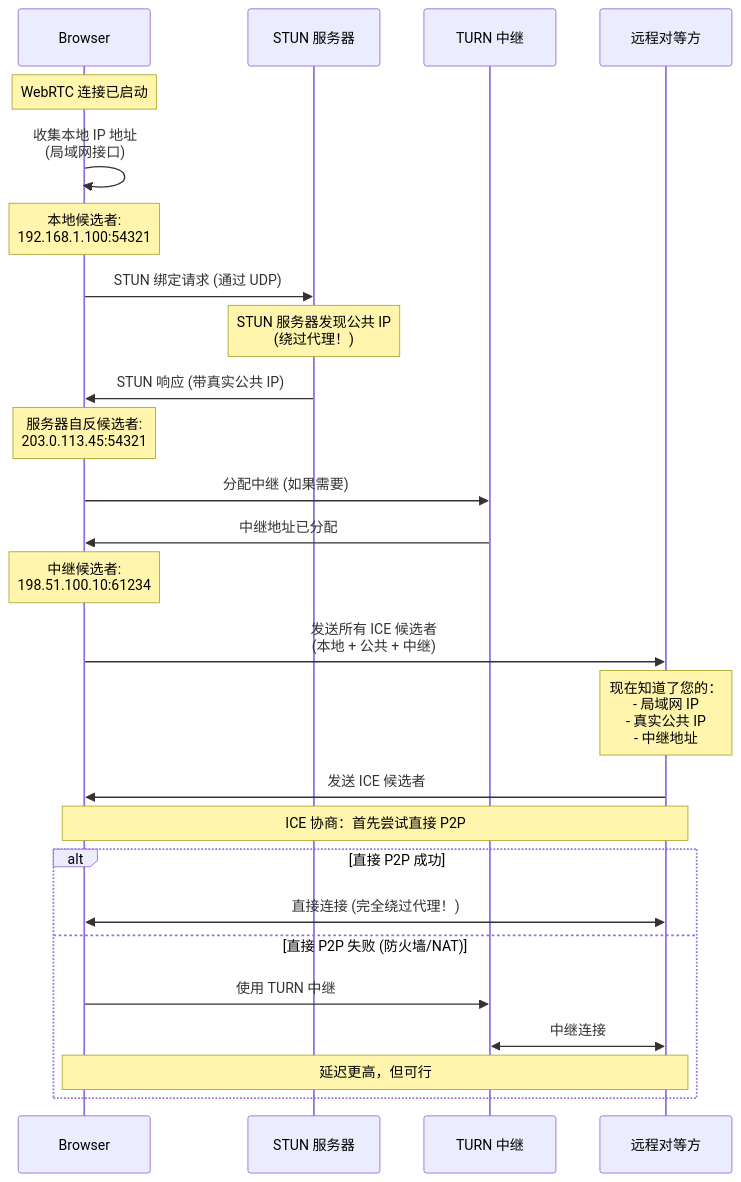
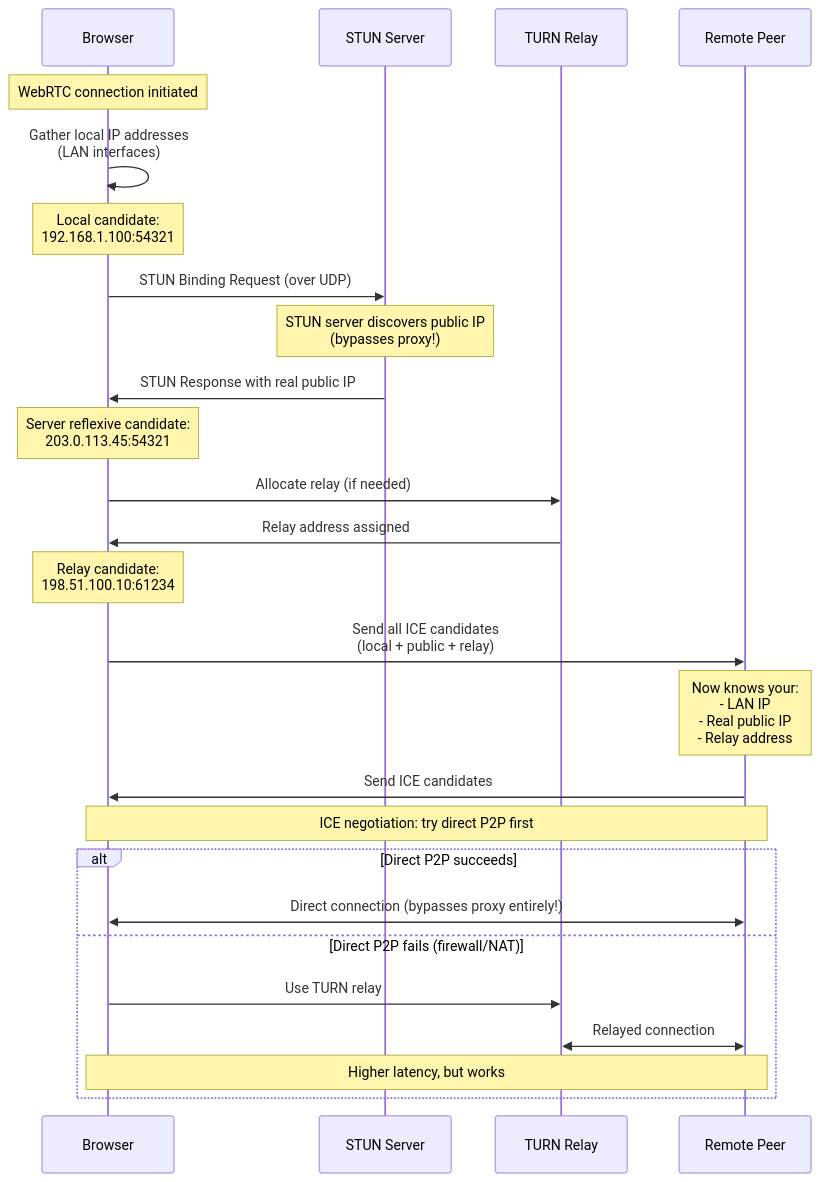
One commit to autoscrape-labs/pydoll changed the third of 3 diagrams in docs/zh/deep-dive/network/network-fundamentals.md. Above: the diagram before and after it, drawn with Mermaid. The commit also changed other lines of this file and 9 other files, not shown here.

````diff
--- a/docs/zh/deep-dive/network/network-fundamentals.md
+++ b/docs/zh/deep-dive/network/network-fundamentals.md
@@ -354,36 +199,36 @@
 ```mermaid
 sequenceDiagram
     participant Browser
-    participant STUN as STUN 服务器
-    participant TURN as TURN 中继
-    participant Peer as 远程对等方
-    
-    Note over Browser: WebRTC 连接已启动
-    
-    Browser->>Browser: 收集本地 IP 地址<br/>(局域网接口)
-    Note over Browser: 本地候选者:<br/>192.168.1.100:54321
-    
-    Browser->>STUN: STUN 绑定请求 (通过 UDP)
-    Note over STUN: STUN 服务器发现公共 IP<br/>(绕过代理！)
-    STUN->>Browser: STUN 响应 (带真实公共 IP)
-    Note over Browser: 服务器自反候选者:<br/>203.0.113.45:54321
-    
-    Browser->>TURN: 分配中继 (如果需要)
-    TURN->>Browser: 中继地址已分配
-    Note over Browser: 中继候选者:<br/>198.51.100.10:61234
-    
-    Browser->>Peer: 发送所有 ICE 候选者<br/>(本地 + 公共 + 中继)
-    Note over Peer: 现在知道了您的：<br/>- 局域网 IP<br/>- 真实公共 IP<br/>- 中继地址
-    
-    Peer->>Browser: 发送 ICE 候选者
-    
-    Note over Browser,Peer: ICE 协商：首先尝试直接 P2P
-    
-    alt 直接 P2P 成功
-        Browser<<->>Peer: 直接连接 (完全绕过代理！)
-    else 直接 P2P 失败 (防火墙/NAT)
-        Browser->>TURN: 使用 TURN 中继
-        TURN<<->>Peer: 中继连接
-        Note over Browser,Peer: 延迟更高，但可行
+    participant STUN as STUN Server
+    participant TURN as TURN Relay
+    participant Peer as Remote Peer
+
+    Note over Browser: WebRTC connection initiated
+
+    Browser->>Browser: Gather local IP addresses<br/>(LAN interfaces)
+    Note over Browser: Local candidate:<br/>192.168.1.100:54321
+
+    Browser->>STUN: STUN Binding Request (over UDP)
+    Note over STUN: STUN server discovers public IP<br/>(bypasses proxy!)
+    STUN->>Browser: STUN Response with real public IP
+    Note over Browser: Server reflexive candidate:<br/>203.0.113.45:54321
+
+    Browser->>TURN: Allocate relay (if needed)
+    TURN->>Browser: Relay address assigned
+    Note over Browser: Relay candidate:<br/>198.51.100.10:61234
+
+    Browser->>Peer: Send all ICE candidates<br/>(local + public + relay)
+    Note over Peer: Now knows your:<br/>- LAN IP<br/>- Real public IP<br/>- Relay address
+
+    Peer->>Browser: Send ICE candidates
+
+    Note over Browser,Peer: ICE negotiation: try direct P2P first
+
+    alt Direct P2P succeeds
+        Browser<<->>Peer: Direct connection (bypasses proxy entirely!)
+    else Direct P2P fails (firewall/NAT)
+        Browser->>TURN: Use TURN relay
+        TURN<<->>Peer: Relayed connection
+        Note over Browser,Peer: Higher latency, but works
     end
 ```
````
